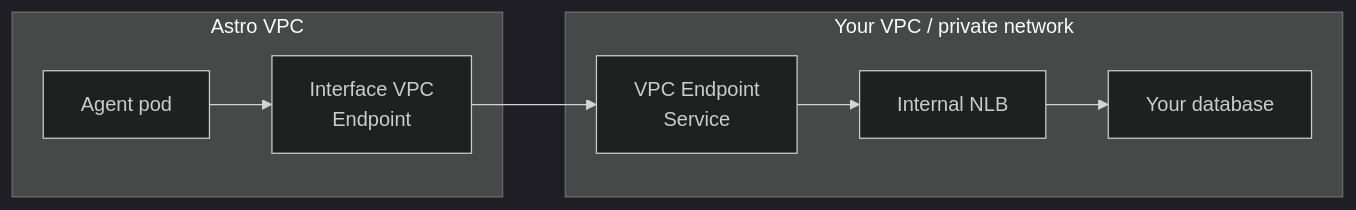
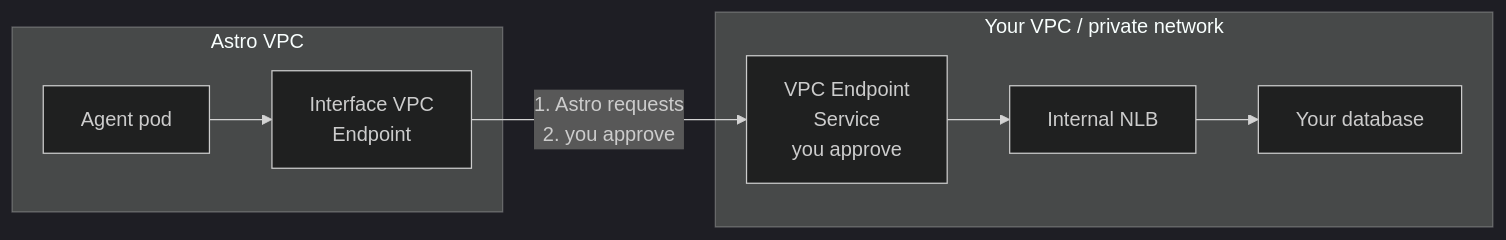
One commit to astropods/astro-cli changed the second of 2 diagrams in docs-public/fern/docs/pages/private-database.mdx. Above: the diagram before and after it, drawn with Mermaid (dark theme). The commit also changed other lines of this file, not shown here.

First line of the commit message:
docs: update private database PrivateLink path to knowledge store flow (#1415)

````diff
--- a/docs-public/fern/docs/pages/private-database.mdx
+++ b/docs-public/fern/docs/pages/private-database.mdx
@@ -106,10 +108,10 @@
 ```mermaid
 flowchart LR
     subgraph astro["Astro VPC"]
         A[Agent pod] --> B[Interface VPC<br/>Endpoint]
     end
     subgraph yours["Your VPC / private network"]
-        C[VPC Endpoint<br/>Service] --> D[Internal NLB] --> E[Your database]
+        C[VPC Endpoint<br/>Service<br/>you approve] --> D[Internal NLB] --> E[Your database]
     end
-    B --> C
+    B -- "1. Astro requests<br/>2. you approve" --> C
 ```
````
